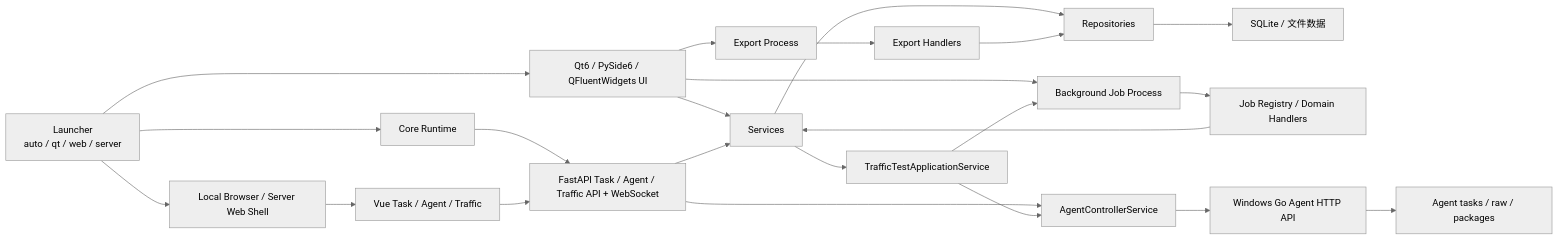
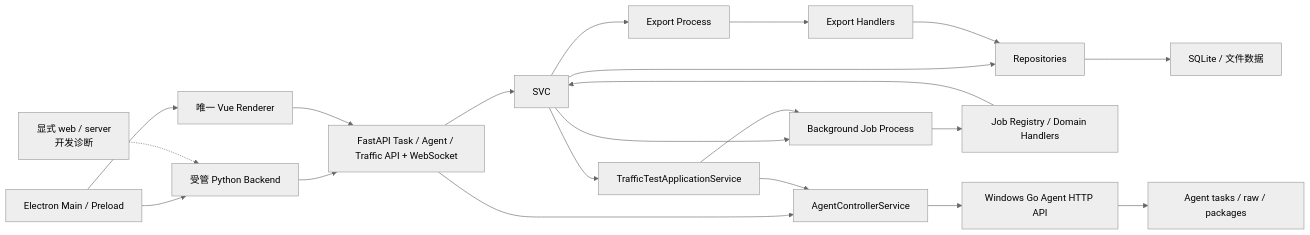
The diagram in README.md (wxj183589/NetConsole), drawn with Mermaid (neutral theme) before and after one commit. The commit also changed other lines of this file and 19 other files, not shown here.

````diff
--- a/README.md
+++ b/README.md
@@ -57,25 +57,23 @@
 ```mermaid
 flowchart LR
-    L["Launcher\nauto / qt / web / server"] --> CORE["Core Runtime"]
-    L --> UI
-    L --> WS
-    UI["Qt6 / PySide6 / QFluentWidgets UI"] --> SVC["Services"]
-    WS["Local Browser / Server Web Shell"] --> VUE["Vue Task / Agent / Traffic"]
+    E["Electron Main / Preload"] --> CORE["受管 Python Backend"]
+    E --> VUE["唯一 Vue Renderer"]
+    DEV["显式 web / server\n开发诊断"] -.-> CORE
     CORE --> API["FastAPI Task / Agent / Traffic API + WebSocket"]
     VUE --> API
     API --> SVC
     SVC --> REPO["Repositories"]
     REPO --> DB["SQLite / 文件数据"]
-    UI --> JOB["Background Job Process"]
-    UI --> EXP["Export Process"]
+    SVC --> JOB["Background Job Process"]
+    SVC --> EXP["Export Process"]
     JOB --> REG["Job Registry / Domain Handlers"]
     EXP --> WRITER["Export Handlers"]
     REG --> SVC
     WRITER --> REPO
     API --> CTRL["AgentControllerService"]
     CTRL --> AGENT["Windows Go Agent HTTP API"]
     AGENT --> AGENTDATA["Agent tasks / raw / packages"]
     SVC --> TRAFFIC["TrafficTestApplicationService"]
     TRAFFIC --> JOB
     TRAFFIC --> CTRL
 ```
````
